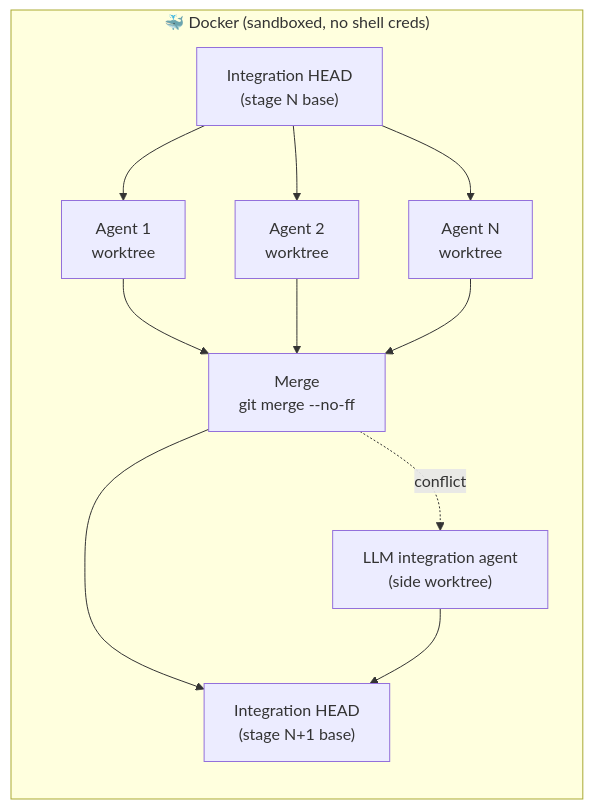
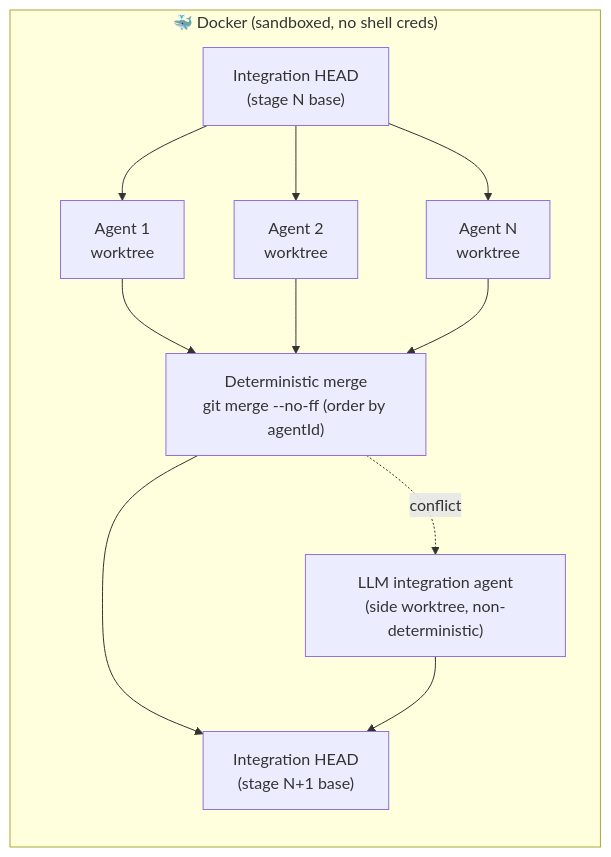
Before and after one commit to frederico-kluser/huu: the first of 3 diagrams in README.en.md, drawn with Mermaid. The commit also changed other lines of this file and 6 other files, not shown here.

````diff
--- a/README.en.md
+++ b/README.en.md
@@ -208,16 +261,16 @@
 ```mermaid
 flowchart LR
     subgraph Docker["🐳 Docker (sandboxed, no shell creds)"]
         direction TB
         H["Integration HEAD<br/>(stage N base)"]
         H --> F1["Agent 1<br/>worktree"]
         H --> F2["Agent 2<br/>worktree"]
         H --> F3["Agent N<br/>worktree"]
-        F1 --> M["Merge<br/>git merge --no-ff"]
+        F1 --> M["Deterministic merge<br/>git merge --no-ff (order by agentId)"]
         F2 --> M
         F3 --> M
         M --> H2["Integration HEAD<br/>(stage N+1 base)"]
-        M -. conflict .-> R["LLM integration agent<br/>(side worktree)"]
+        M -. conflict .-> R["LLM integration agent<br/>(side worktree, non-deterministic)"]
         R --> H2
     end
 ```
````
